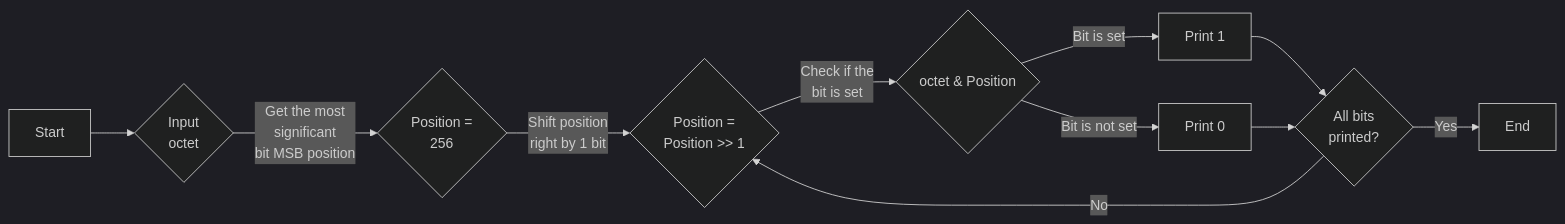
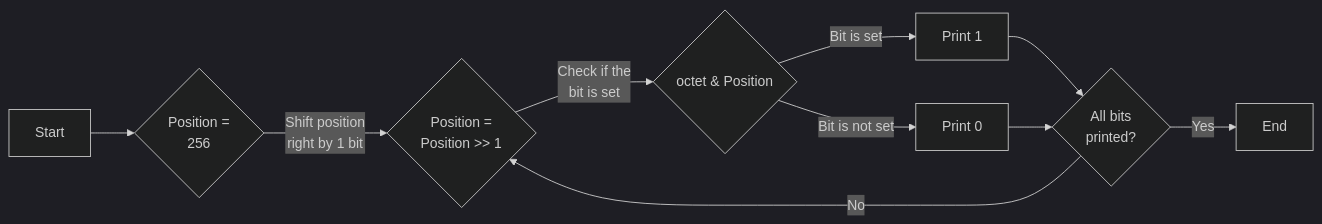
One commit to LuisBalsa/42_Exam_Level_2 changed the diagram in print_bits/README.md. Above: the diagram before and after it, drawn with Mermaid (dark theme).

````diff
--- a/print_bits/README.md
+++ b/print_bits/README.md
@@ -1,13 +1,12 @@
 ```mermaid
 graph LR;
-    A[Start] --> B{Input\noctet};
-    B -- Get the most\nsignificant\nbit MSB position --> C{Position =\n256};
+    A[Start] --> C{Position =\n256};
     C -- Shift position\nright by 1 bit --> D{Position =\nPosition >> 1};
     D -- Check if the\nbit is set --> E{octet & Position};
     E -- Bit is set --> F[Print 1];
     E -- Bit is not set --> G[Print 0];
     F --> H{All bits\nprinted?};
     G --> H;
     H -- Yes --> I[End];
     H -- No --> D;
 ```
````
